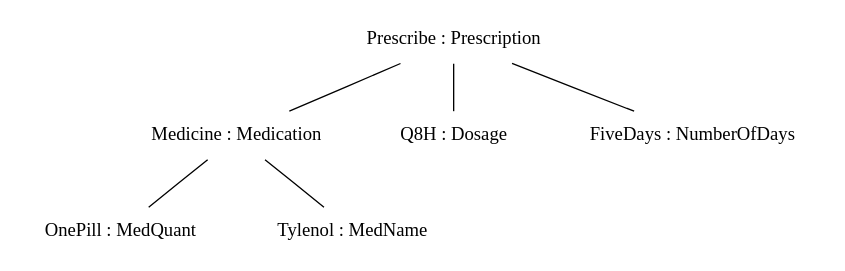
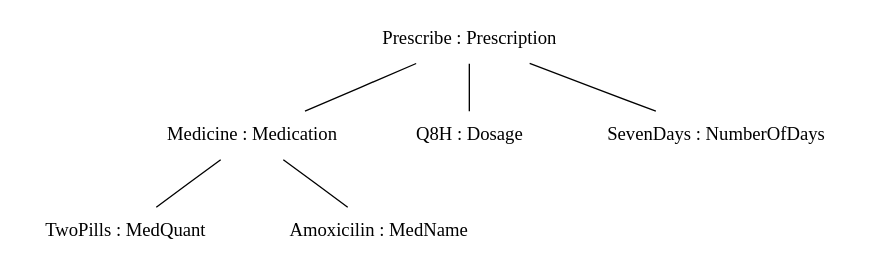
The diagram in PLN/final_assignment/_grpht_1.dot (brunorvn/nlp-medication-prescriber), drawn with Graphviz before and after one commit. The commit also changed 5 other files, not shown here.

```diff
--- a/PLN/final_assignment/_grpht_1.dot
+++ b/PLN/final_assignment/_grpht_1.dot
@@ -1,13 +1,13 @@
 graph {
 n0[label = "Prescribe : Prescription", style = "solid", shape = "plaintext"] ;
 n0_0[label = "Medicine : Medication", style = "solid", shape = "plaintext"] ;
 n0 -- n0_0 [style = "solid"];
-n0_0_0[label = "OnePill : MedQuant", style = "solid", shape = "plaintext"] ;
+n0_0_0[label = "TwoPills : MedQuant", style = "solid", shape = "plaintext"] ;
 n0_0 -- n0_0_0 [style = "solid"];
-n1_0_0[label = "Tylenol : MedName", style = "solid", shape = "plaintext"] ;
+n1_0_0[label = "Amoxicilin : MedName", style = "solid", shape = "plaintext"] ;
 n0_0 -- n1_0_0 [style = "solid"];
 n1_0[label = "Q8H : Dosage", style = "solid", shape = "plaintext"] ;
 n0 -- n1_0 [style = "solid"];
-n2_0[label = "FiveDays : NumberOfDays", style = "solid", shape = "plaintext"] ;
+n2_0[label = "SevenDays : NumberOfDays", style = "solid", shape = "plaintext"] ;
 n0 -- n2_0 [style = "solid"];
 }
```
